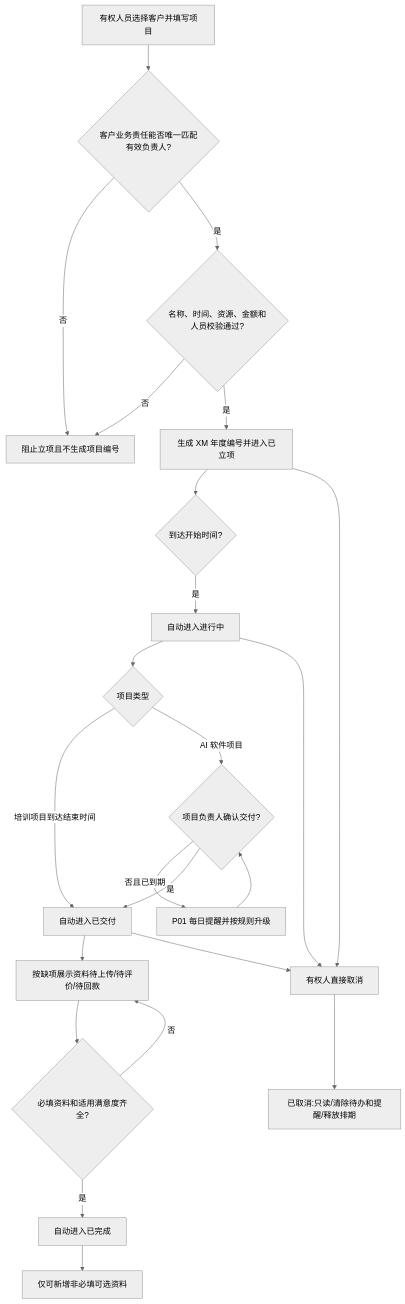
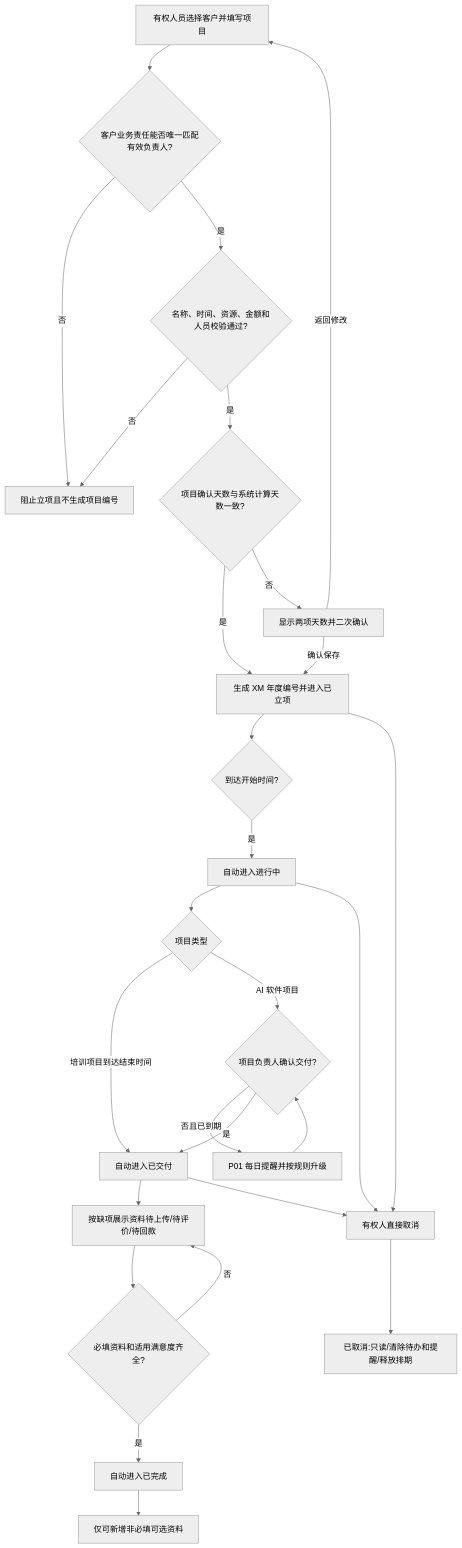
The diagram in prd-workspace/current/user-flows/FLOW-15-M11-project-lifecycle.md (Joker-1030/Yingjia-Internal-Management-System), drawn with Mermaid (neutral theme) before and after one commit. The commit also changed other lines of this file and 87 other files, not shown here.

````diff
--- a/prd-workspace/current/user-flows/FLOW-15-M11-project-lifecycle.md
+++ b/prd-workspace/current/user-flows/FLOW-15-M11-project-lifecycle.md
@@ -8,25 +8,29 @@
 ```mermaid
 flowchart TD
     A[有权人员选择客户并填写项目] --> B{客户业务责任能否唯一匹配有效负责人?}
     B -- 否 --> C[阻止立项且不生成项目编号]
     B -- 是 --> D{名称、时间、资源、金额和人员校验通过?}
     D -- 否 --> C
-    D -- 是 --> E[生成 XM 年度编号并进入已立项]
+    D -- 是 --> D1{项目确认天数与系统计算天数一致?}
+    D1 -- 是 --> E[生成 XM 年度编号并进入已立项]
+    D1 -- 否 --> D2[显示两项天数并二次确认]
+    D2 -- 返回修改 --> A
+    D2 -- 确认保存 --> E
     E --> F{到达开始时间?}
     F -- 是 --> G[自动进入进行中]
     G --> H{项目类型}
     H -- 培训项目到达结束时间 --> I[自动进入已交付]
     H -- AI 软件项目 --> J{项目负责人确认交付?}
     J -- 否且已到期 --> K[P01 每日提醒并按规则升级]
     K --> J
     J -- 是 --> I
     I --> L[按缺项展示资料待上传/待评价/待回款]
     L --> M{必填资料和适用满意度齐全?}
     M -- 否 --> L
     M -- 是 --> N[自动进入已完成]
     N --> O[仅可新增非必填可选资料]
     E --> P[有权人直接取消]
     G --> P
     I --> P
     P --> Q[已取消:只读/清除待办和提醒/释放排期]
 ```
````
